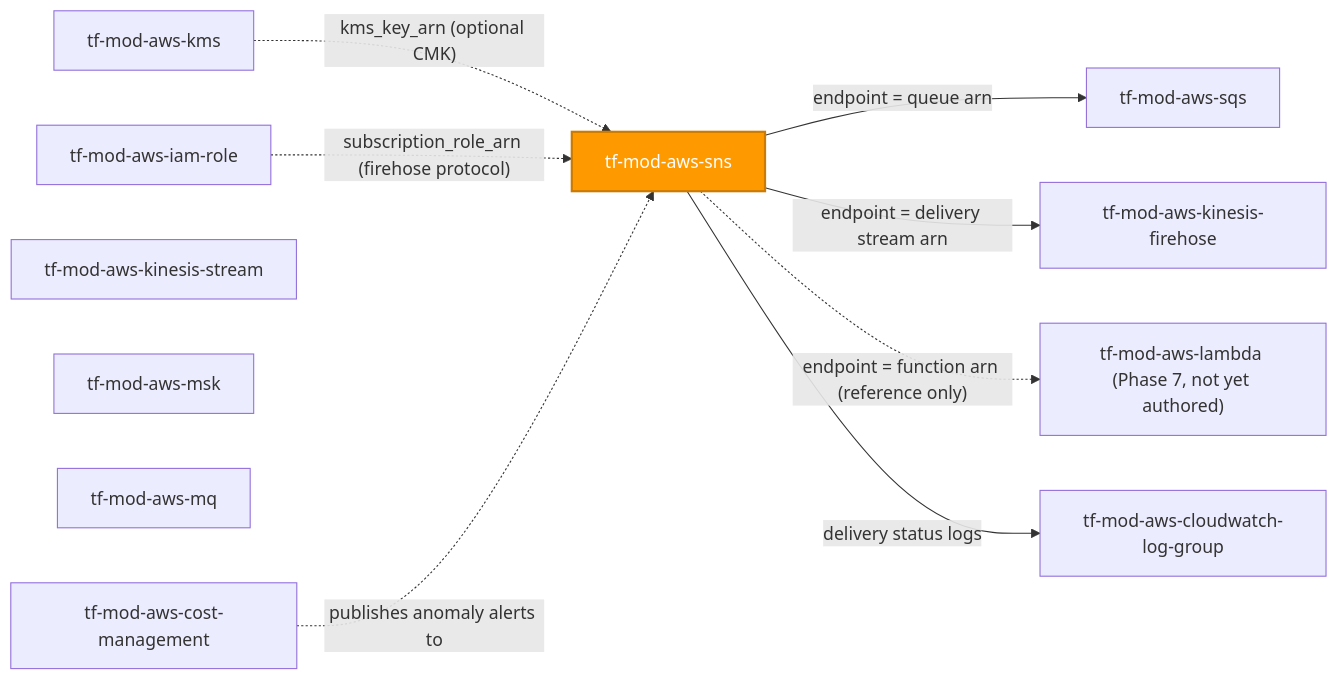
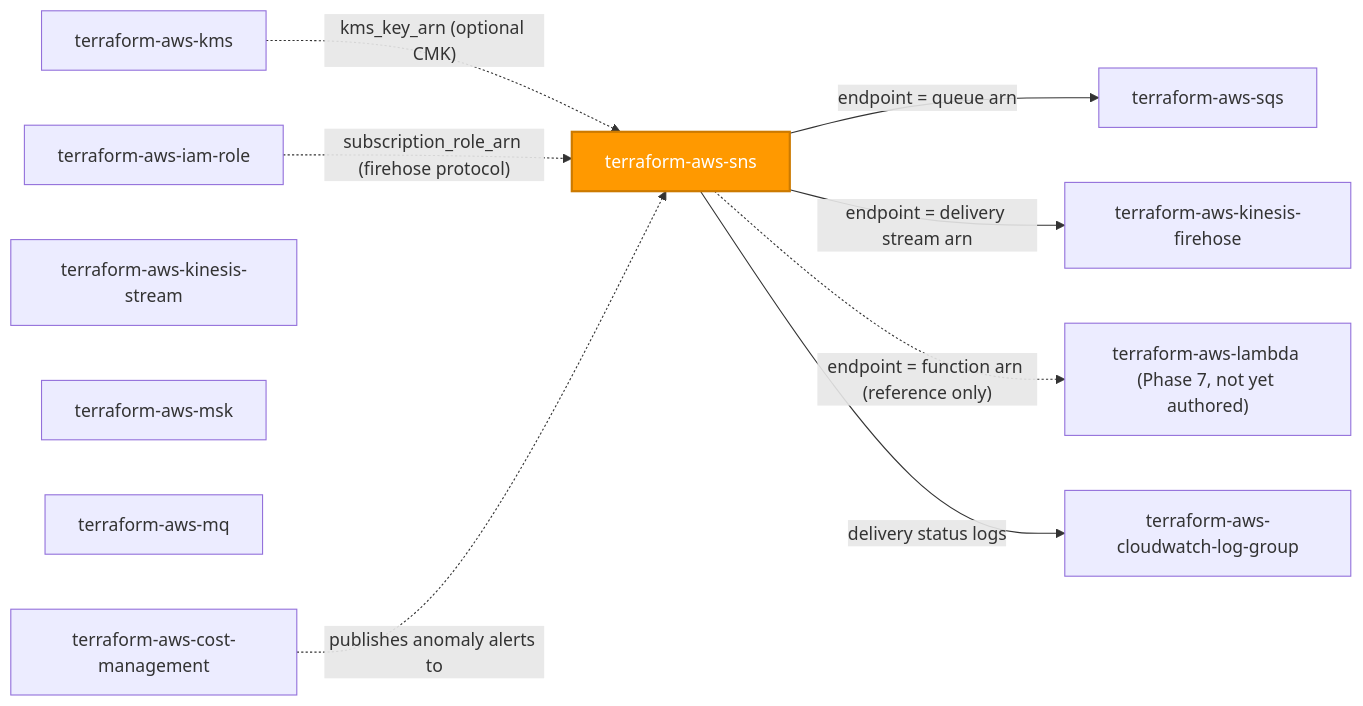
Before and after one commit to microsoftexpert/terraform-aws-sns: the first of 2 diagrams in README.md, drawn with Mermaid. The commit also changed other lines of this file and 4 other files, not shown here.

````diff
--- a/README.md
+++ b/README.md
@@ -44,25 +44,25 @@
 ```mermaid
 flowchart LR
- kms["tf-mod-aws-kms"]
- iamrole["tf-mod-aws-iam-role"]
- sqs["tf-mod-aws-sqs"]
- sns["tf-mod-aws-sns"]
- kstream["tf-mod-aws-kinesis-stream"]
- kfirehose["tf-mod-aws-kinesis-firehose"]
- msk["tf-mod-aws-msk"]
- mq["tf-mod-aws-mq"]
- lambda["tf-mod-aws-lambda (Phase 7, not yet authored)"]
- cwlg["tf-mod-aws-cloudwatch-log-group"]
- costmgmt["tf-mod-aws-cost-management"]
+ kms["terraform-aws-kms"]
+ iamrole["terraform-aws-iam-role"]
+ sqs["terraform-aws-sqs"]
+ sns["terraform-aws-sns"]
+ kstream["terraform-aws-kinesis-stream"]
+ kfirehose["terraform-aws-kinesis-firehose"]
+ msk["terraform-aws-msk"]
+ mq["terraform-aws-mq"]
+ lambda["terraform-aws-lambda (Phase 7, not yet authored)"]
+ cwlg["terraform-aws-cloudwatch-log-group"]
+ costmgmt["terraform-aws-cost-management"]
 
  kms -. "kms_key_arn (optional CMK)".-> sns
  iamrole -. "subscription_role_arn (firehose protocol)".-> sns
 
  sns -- "endpoint = queue arn" --> sqs
  sns -- "endpoint = delivery stream arn" --> kfirehose
  sns -. "endpoint = function arn (reference only)".-> lambda
  sns -- "delivery status logs" --> cwlg
  costmgmt -. "publishes anomaly alerts to".-> sns
 
  style sns fill:#FF9900,color:#fff,stroke:#cc7a00,stroke-width:2px
 ```
````
